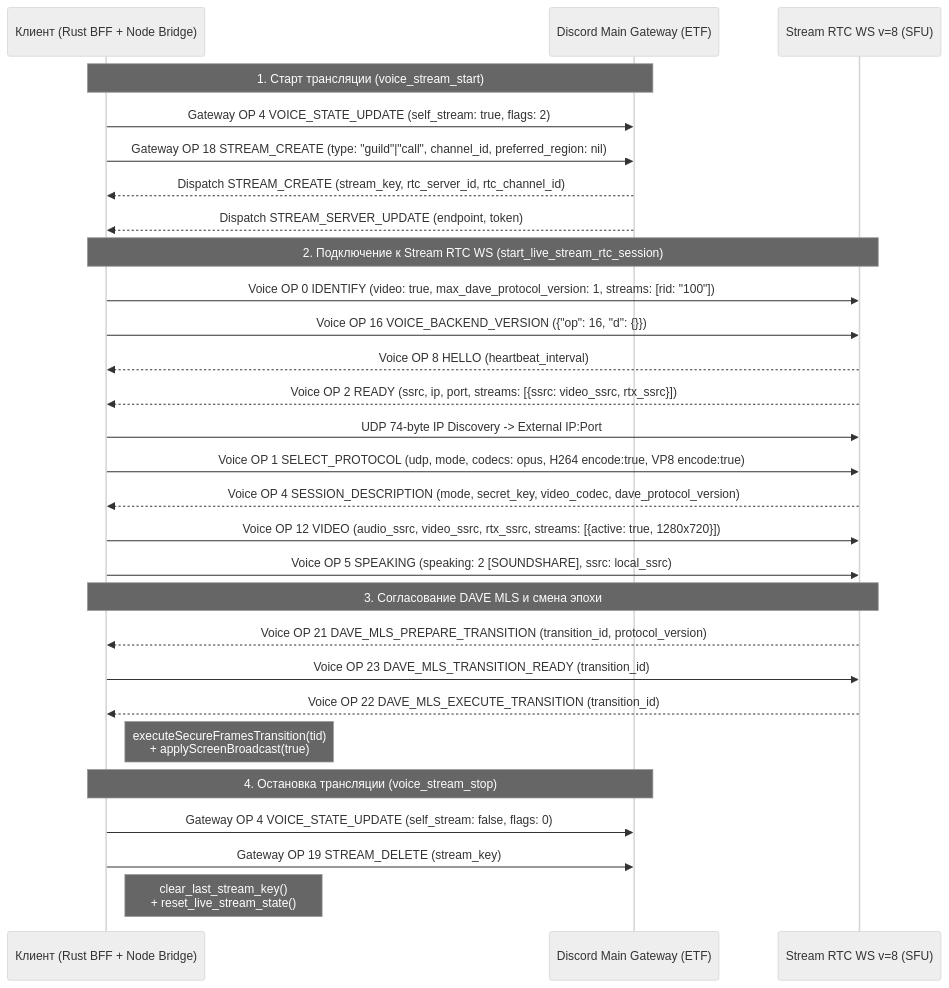
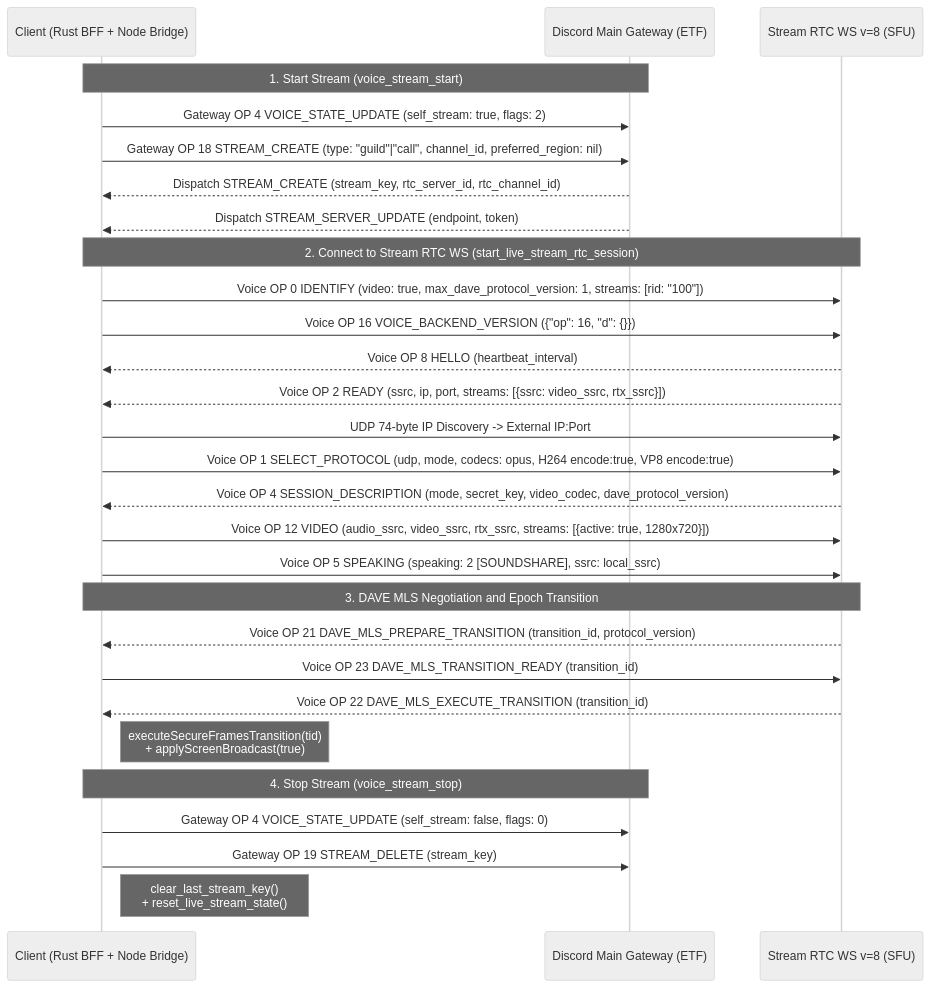
Before and after one commit to Userbash/chord: the second of 2 diagrams in docs/specs/STREAM-WAYLAND-GUIDE.md, drawn with Mermaid (neutral theme). The commit also changed other lines of this file and 2279 other files, not shown here.

````diff
--- a/docs/specs/STREAM-WAYLAND-GUIDE.md
+++ b/docs/specs/STREAM-WAYLAND-GUIDE.md
@@ -103,34 +103,34 @@
 ```mermaid
 sequenceDiagram
-    participant Client as Клиент (Rust BFF + Node Bridge)
+    participant Client as Client (Rust BFF + Node Bridge)
     participant GW as Discord Main Gateway (ETF)
     participant SFU as Stream RTC WS v=8 (SFU)
 
-    Note over Client,GW: 1. Старт трансляции (voice_stream_start)
+    Note over Client,GW: 1. Start Stream (voice_stream_start)
     Client->>GW: Gateway OP 4 VOICE_STATE_UPDATE (self_stream: true, flags: 2)
     Client->>GW: Gateway OP 18 STREAM_CREATE (type: "guild"|"call", channel_id, preferred_region: nil)
     GW-->>Client: Dispatch STREAM_CREATE (stream_key, rtc_server_id, rtc_channel_id)
     GW-->>Client: Dispatch STREAM_SERVER_UPDATE (endpoint, token)
 
-    Note over Client,SFU: 2. Подключение к Stream RTC WS (start_live_stream_rtc_session)
+    Note over Client,SFU: 2. Connect to Stream RTC WS (start_live_stream_rtc_session)
     Client->>SFU: Voice OP 0 IDENTIFY (video: true, max_dave_protocol_version: 1, streams: [rid: "100"])
     Client->>SFU: Voice OP 16 VOICE_BACKEND_VERSION ({"op": 16, "d": {}})
     SFU-->>Client: Voice OP 8 HELLO (heartbeat_interval)
     SFU-->>Client: Voice OP 2 READY (ssrc, ip, port, streams: [{ssrc: video_ssrc, rtx_ssrc}])
     Client->>SFU: UDP 74-byte IP Discovery -> External IP:Port
     Client->>SFU: Voice OP 1 SELECT_PROTOCOL (udp, mode, codecs: opus, H264 encode:true, VP8 encode:true)
     SFU-->>Client: Voice OP 4 SESSION_DESCRIPTION (mode, secret_key, video_codec, dave_protocol_version)
     Client->>SFU: Voice OP 12 VIDEO (audio_ssrc, video_ssrc, rtx_ssrc, streams: [{active: true, 1280x720}])
     Client->>SFU: Voice OP 5 SPEAKING (speaking: 2 [SOUNDSHARE], ssrc: local_ssrc)
 
-    Note over Client,SFU: 3. Согласование DAVE MLS и смена эпохи
+    Note over Client,SFU: 3. DAVE MLS Negotiation and Epoch Transition
     SFU-->>Client: Voice OP 21 DAVE_MLS_PREPARE_TRANSITION (transition_id, protocol_version)
     Client->>SFU: Voice OP 23 DAVE_MLS_TRANSITION_READY (transition_id)
     SFU-->>Client: Voice OP 22 DAVE_MLS_EXECUTE_TRANSITION (transition_id)
     Note right of Client: executeSecureFramesTransition(tid)<br/>+ applyScreenBroadcast(true)
 
-    Note over Client,GW: 4. Остановка трансляции (voice_stream_stop)
+    Note over Client,GW: 4. Stop Stream (voice_stream_stop)
     Client->>GW: Gateway OP 4 VOICE_STATE_UPDATE (self_stream: false, flags: 0)
     Client->>GW: Gateway OP 19 STREAM_DELETE (stream_key)
     Note right of Client: clear_last_stream_key()<br/>+ reset_live_stream_state()
 ```
````
